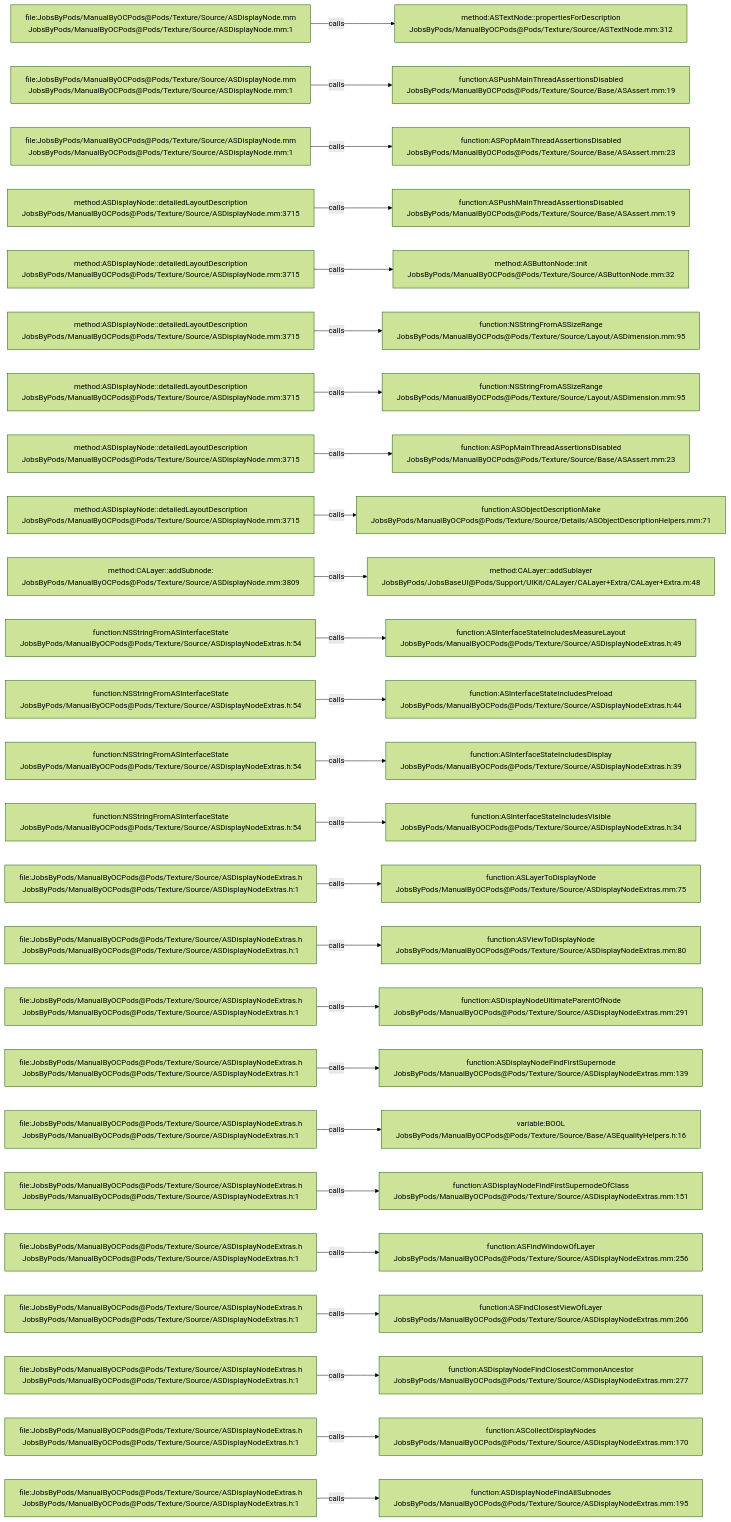
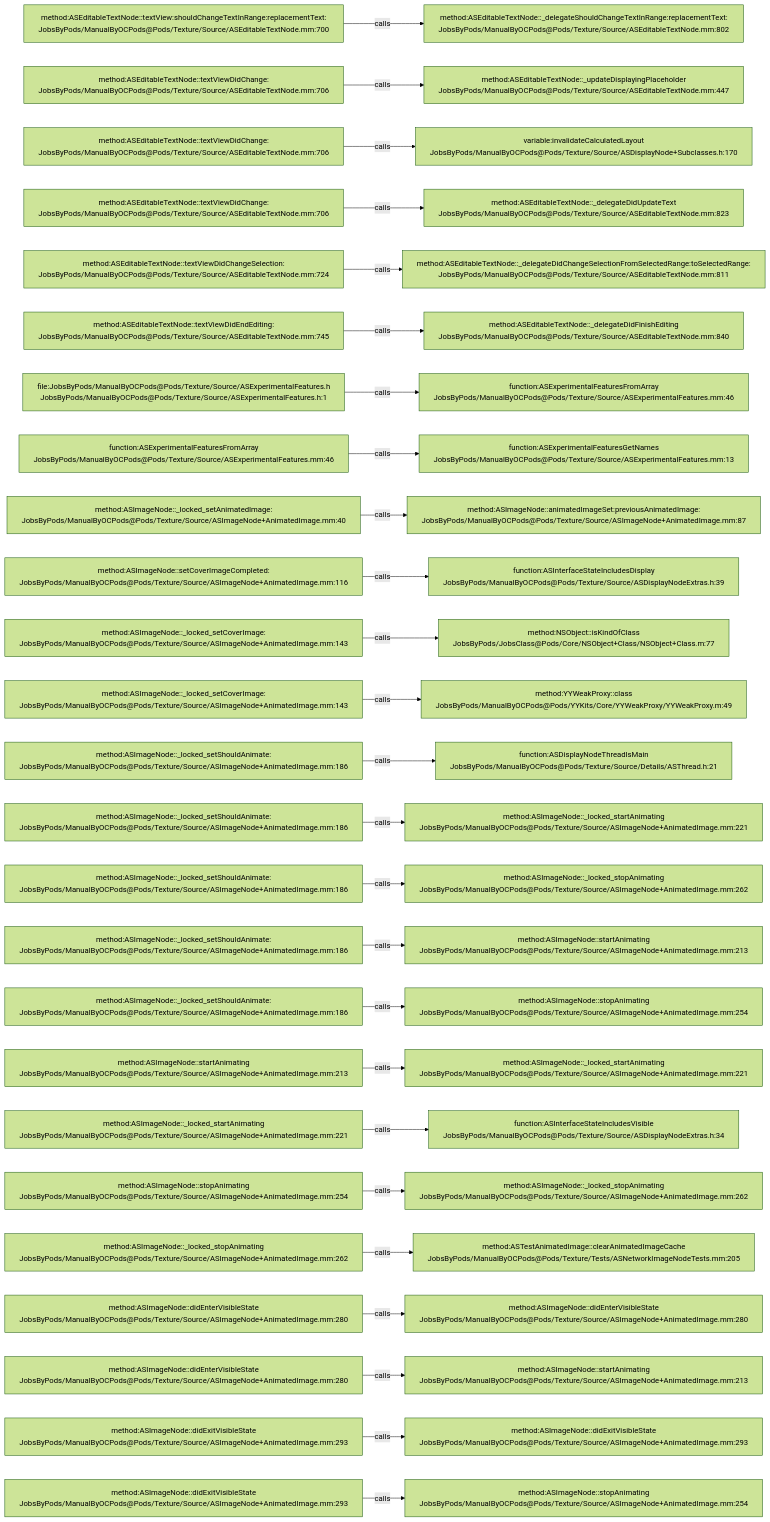
Before and after one commit to JobsKits/JobsOCBaseConfigDemo: the diagram in .codegraph/codegraph.md/graphs/calls-106.md, drawn with Mermaid (forest theme). The commit also changed 1353 other files, not shown here.

````diff
--- a/.codegraph/codegraph.md/graphs/calls-106.md
+++ b/.codegraph/codegraph.md/graphs/calls-106.md
@@ -13,78 +13,78 @@
 ```mermaid
 flowchart LR
-  S1["file:JobsByPods/ManualByOCPods@Pods/Texture/Source/ASDisplayNode.mm<br/>JobsByPods/ManualByOCPods@Pods/Texture/Source/ASDisplayNode.mm:1"]
-  T1["method:ASTextNode::propertiesForDescription<br/>JobsByPods/ManualByOCPods@Pods/Texture/Source/ASTextNode.mm:312"]
+  S1["method:ASEditableTextNode::textView:shouldChangeTextInRange:replacementText:<br/>JobsByPods/ManualByOCPods@Pods/Texture/Source/ASEditableTextNode.mm:700"]
+  T1["method:ASEditableTextNode::_delegateShouldChangeTextInRange:replacementText:<br/>JobsByPods/ManualByOCPods@Pods/Texture/Source/ASEditableTextNode.mm:802"]
   S1 -->|calls| T1
-  S2["file:JobsByPods/ManualByOCPods@Pods/Texture/Source/ASDisplayNode.mm<br/>JobsByPods/ManualByOCPods@Pods/Texture/Source/ASDisplayNode.mm:1"]
-  T2["function:ASPushMainThreadAssertionsDisabled<br/>JobsByPods/ManualByOCPods@Pods/Texture/Source/Base/ASAssert.mm:19"]
+  S2["method:ASEditableTextNode::textViewDidChange:<br/>JobsByPods/ManualByOCPods@Pods/Texture/Source/ASEditableTextNode.mm:706"]
+  T2["method:ASEditableTextNode::_updateDisplayingPlaceholder<br/>JobsByPods/ManualByOCPods@Pods/Texture/Source/ASEditableTextNode.mm:447"]
   S2 -->|calls| T2
-  S3["file:JobsByPods/ManualByOCPods@Pods/Texture/Source/ASDisplayNode.mm<br/>JobsByPods/ManualByOCPods@Pods/Texture/Source/ASDisplayNode.mm:1"]
-  T3["function:ASPopMainThreadAssertionsDisabled<br/>JobsByPods/ManualByOCPods@Pods/Texture/Source/Base/ASAssert.mm:23"]
+  S3["method:ASEditableTextNode::textViewDidChange:<br/>JobsByPods/ManualByOCPods@Pods/Texture/Source/ASEditableTextNode.mm:706"]
+  T3["variable:invalidateCalculatedLayout<br/>JobsByPods/ManualByOCPods@Pods/Texture/Source/ASDisplayNode+Subclasses.h:170"]
   S3 -->|calls| T3
-  S4["method:ASDisplayNode::detailedLayoutDescription<br/>JobsByPods/ManualByOCPods@Pods/Texture/Source/ASDisplayNode.mm:3715"]
-  T4["function:ASPushMainThreadAssertionsDisabled<br/>JobsByPods/ManualByOCPods@Pods/Texture/Source/Base/ASAssert.mm:19"]
+  S4["method:ASEditableTextNode::textViewDidChange:<br/>JobsByPods/ManualByOCPods@Pods/Texture/Source/ASEditableTextNode.mm:706"]
+  T4["method:ASEditableTextNode::_delegateDidUpdateText<br/>JobsByPods/ManualByOCPods@Pods/Texture/Source/ASEditableTextNode.mm:823"]
   S4 -->|calls| T4
-  S5["method:ASDisplayNode::detailedLayoutDescription<br/>JobsByPods/ManualByOCPods@Pods/Texture/Source/ASDisplayNode.mm:3715"]
-  T5["method:ASButtonNode::init<br/>JobsByPods/ManualByOCPods@Pods/Texture/Source/ASButtonNode.mm:32"]
+  S5["method:ASEditableTextNode::textViewDidChangeSelection:<br/>JobsByPods/ManualByOCPods@Pods/Texture/Source/ASEditableTextNode.mm:724"]
+  T5["method:ASEditableTextNode::_delegateDidChangeSelectionFromSelectedRange:toSelectedRange:<br/>JobsByPods/ManualByOCPods@Pods/Texture/Source/ASEditableTextNode.mm:811"]
   S5 -->|calls| T5
-  S6["method:ASDisplayNode::detailedLayoutDescription<br/>JobsByPods/ManualByOCPods@Pods/Texture/Source/ASDisplayNode.mm:3715"]
-  T6["function:NSStringFromASSizeRange<br/>JobsByPods/ManualByOCPods@Pods/Texture/Source/Layout/ASDimension.mm:95"]
+  S6["method:ASEditableTextNode::textViewDidEndEditing:<br/>JobsByPods/ManualByOCPods@Pods/Texture/Source/ASEditableTextNode.mm:745"]
+  T6["method:ASEditableTextNode::_delegateDidFinishEditing<br/>JobsByPods/ManualByOCPods@Pods/Texture/Source/ASEditableTextNode.mm:840"]
   S6 -->|calls| T6
-  S7["method:ASDisplayNode::detailedLayoutDescription<br/>JobsByPods/ManualByOCPods@Pods/Texture/Source/ASDisplayNode.mm:3715"]
-  T7["function:NSStringFromASSizeRange<br/>JobsByPods/ManualByOCPods@Pods/Texture/Source/Layout/ASDimension.mm:95"]
+  S7["file:JobsByPods/ManualByOCPods@Pods/Texture/Source/ASExperimentalFeatures.h<br/>JobsByPods/ManualByOCPods@Pods/Texture/Source/ASExperimentalFeatures.h:1"]
+  T7["function:ASExperimentalFeaturesFromArray<br/>JobsByPods/ManualByOCPods@Pods/Texture/Source/ASExperimentalFeatures.mm:46"]
   S7 -->|calls| T7
-  S8["method:ASDisplayNode::detailedLayoutDescription<br/>JobsByPods/ManualByOCPods@Pods/Texture/Source/ASDisplayNode.mm:3715"]
-  T8["function:ASPopMainThreadAssertionsDisabled<br/>JobsByPods/ManualByOCPods@Pods/Texture/Source/Base/ASAssert.mm:23"]
+  S8["function:ASExperimentalFeaturesFromArray<br/>JobsByPods/ManualByOCPods@Pods/Texture/Source/ASExperimentalFeatures.mm:46"]
+  T8["function:ASExperimentalFeaturesGetNames<br/>JobsByPods/ManualByOCPods@Pods/Texture/Source/ASExperimentalFeatures.mm:13"]
   S8 -->|calls| T8
-  S9["method:ASDisplayNode::detailedLayoutDescription<br/>JobsByPods/ManualByOCPods@Pods/Texture/Source/ASDisplayNode.mm:3715"]
-  T9["function:ASObjectDescriptionMake<br/>JobsByPods/ManualByOCPods@Pods/Texture/Source/Details/ASObjectDescriptionHelpers.mm:71"]
+  S9["method:ASImageNode::_locked_setAnimatedImage:<br/>JobsByPods/ManualByOCPods@Pods/Texture/Source/ASImageNode+AnimatedImage.mm:40"]
+  T9["method:ASImageNode::animatedImageSet:previousAnimatedImage:<br/>JobsByPods/ManualByOCPods@Pods/Texture/Source/ASImageNode+AnimatedImage.mm:87"]
   S9 -->|calls| T9
-  S10["method:CALayer::addSubnode:<br/>JobsByPods/ManualByOCPods@Pods/Texture/Source/ASDisplayNode.mm:3809"]
-  T10["method:CALayer::addSublayer<br/>JobsByPods/JobsBaseUI@Pods/Support/UIKit/CALayer/CALayer+Extra/CALayer+Extra.m:48"]
+  S10["method:ASImageNode::setCoverImageCompleted:<br/>JobsByPods/ManualByOCPods@Pods/Texture/Source/ASImageNode+AnimatedImage.mm:116"]
+  T10["function:ASInterfaceStateIncludesDisplay<br/>JobsByPods/ManualByOCPods@Pods/Texture/Source/ASDisplayNodeExtras.h:39"]
   S10 -->|calls| T10
-  S11["function:NSStringFromASInterfaceState<br/>JobsByPods/ManualByOCPods@Pods/Texture/Source/ASDisplayNodeExtras.h:54"]
-  T11["function:ASInterfaceStateIncludesMeasureLayout<br/>JobsByPods/ManualByOCPods@Pods/Texture/Source/ASDisplayNodeExtras.h:49"]
+  S11["method:ASImageNode::_locked_setCoverImage:<br/>JobsByPods/ManualByOCPods@Pods/Texture/Source/ASImageNode+AnimatedImage.mm:143"]
+  T11["method:NSObject::isKindOfClass<br/>JobsByPods/JobsClass@Pods/Core/NSObject+Class/NSObject+Class.m:77"]
   S11 -->|calls| T11
-  S12["function:NSStringFromASInterfaceState<br/>JobsByPods/ManualByOCPods@Pods/Texture/Source/ASDisplayNodeExtras.h:54"]
-  T12["function:ASInterfaceStateIncludesPreload<br/>JobsByPods/ManualByOCPods@Pods/Texture/Source/ASDisplayNodeExtras.h:44"]
+  S12["method:ASImageNode::_locked_setCoverImage:<br/>JobsByPods/ManualByOCPods@Pods/Texture/Source/ASImageNode+AnimatedImage.mm:143"]
+  T12["method:YYWeakProxy::class<br/>JobsByPods/ManualByOCPods@Pods/YYKits/Core/YYWeakProxy/YYWeakProxy.m:49"]
   S12 -->|calls| T12
-  S13["function:NSStringFromASInterfaceState<br/>JobsByPods/ManualByOCPods@Pods/Texture/Source/ASDisplayNodeExtras.h:54"]
-  T13["function:ASInterfaceStateIncludesDisplay<br/>JobsByPods/ManualByOCPods@Pods/Texture/Source/ASDisplayNodeExtras.h:39"]
+  S13["method:ASImageNode::_locked_setShouldAnimate:<br/>JobsByPods/ManualByOCPods@Pods/Texture/Source/ASImageNode+AnimatedImage.mm:186"]
+  T13["function:ASDisplayNodeThreadIsMain<br/>JobsByPods/ManualByOCPods@Pods/Texture/Source/Details/ASThread.h:21"]
   S13 -->|calls| T13
-  S14["function:NSStringFromASInterfaceState<br/>JobsByPods/ManualByOCPods@Pods/Texture/Source/ASDisplayNodeExtras.h:54"]
-  T14["function:ASInterfaceStateIncludesVisible<br/>JobsByPods/ManualByOCPods@Pods/Texture/Source/ASDisplayNodeExtras.h:34"]
+  S14["method:ASImageNode::_locked_setShouldAnimate:<br/>JobsByPods/ManualByOCPods@Pods/Texture/Source/ASImageNode+AnimatedImage.mm:186"]
+  T14["method:ASImageNode::_locked_startAnimating<br/>JobsByPods/ManualByOCPods@Pods/Texture/Source/ASImageNode+AnimatedImage.mm:221"]
   S14 -->|calls| T14
-  S15["file:JobsByPods/ManualByOCPods@Pods/Texture/Source/ASDisplayNodeExtras.h<br/>JobsByPods/ManualByOCPods@Pods/Texture/Source/ASDisplayNodeExtras.h:1"]
-  T15["function:ASLayerToDisplayNode<br/>JobsByPods/ManualByOCPods@Pods/Texture/Source/ASDisplayNodeExtras.mm:75"]
+  S15["method:ASImageNode::_locked_setShouldAnimate:<br/>JobsByPods/ManualByOCPods@Pods/Texture/Source/ASImageNode+AnimatedImage.mm:186"]
+  T15["method:ASImageNode::_locked_stopAnimating<br/>JobsByPods/ManualByOCPods@Pods/Texture/Source/ASImageNode+AnimatedImage.mm:262"]
   S15 -->|calls| T15
-  S16["file:JobsByPods/ManualByOCPods@Pods/Texture/Source/ASDisplayNodeExtras.h<br/>JobsByPods/ManualByOCPods@Pods/Texture/Source/ASDisplayNodeExtras.h:1"]
-  T16["function:ASViewToDisplayNode<br/>JobsByPods/ManualByOCPods@Pods/Texture/Source/ASDisplayNodeExtras.mm:80"]
+  S16["method:ASImageNode::_locked_setShouldAnimate:<br/>JobsByPods/ManualByOCPods@Pods/Texture/Source/ASImageNode+AnimatedImage.mm:186"]
+  T16["method:ASImageNode::startAnimating<br/>JobsByPods/ManualByOCPods@Pods/Texture/Source/ASImageNode+AnimatedImage.mm:213"]
   S16 -->|calls| T16
-  S17["file:JobsByPods/ManualByOCPods@Pods/Texture/Source/ASDisplayNodeExtras.h<br/>JobsByPods/ManualByOCPods@Pods/Texture/Source/ASDisplayNodeExtras.h:1"]
-  T17["function:ASDisplayNodeUltimateParentOfNode<br/>JobsByPods/ManualByOCPods@Pods/Texture/Source/ASDisplayNodeExtras.mm:291"]
+  S17["method:ASImageNode::_locked_setShouldAnimate:<br/>JobsByPods/ManualByOCPods@Pods/Texture/Source/ASImageNode+AnimatedImage.mm:186"]
+  T17["method:ASImageNode::stopAnimating<br/>JobsByPods/ManualByOCPods@Pods/Texture/Source/ASImageNode+AnimatedImage.mm:254"]
   S17 -->|calls| T17
-  S18["file:JobsByPods/ManualByOCPods@Pods/Texture/Source/ASDisplayNodeExtras.h<br/>JobsByPods/ManualByOCPods@Pods/Texture/Source/ASDisplayNodeExtras.h:1"]
-  T18["function:ASDisplayNodeFindFirstSupernode<br/>JobsByPods/ManualByOCPods@Pods/Texture/Source/ASDisplayNodeExtras.mm:139"]
+  S18["method:ASImageNode::startAnimating<br/>JobsByPods/ManualByOCPods@Pods/Texture/Source/ASImageNode+AnimatedImage.mm:213"]
+  T18["method:ASImageNode::_locked_startAnimating<br/>JobsByPods/ManualByOCPods@Pods/Texture/Source/ASImageNode+AnimatedImage.mm:221"]
   S18 -->|calls| T18
-  S19["file:JobsByPods/ManualByOCPods@Pods/Texture/Source/ASDisplayNodeExtras.h<br/>JobsByPods/ManualByOCPods@Pods/Texture/Source/ASDisplayNodeExtras.h:1"]
-  T19["variable:BOOL<br/>JobsByPods/ManualByOCPods@Pods/Texture/Source/Base/ASEqualityHelpers.h:16"]
+  S19["method:ASImageNode::_locked_startAnimating<br/>JobsByPods/ManualByOCPods@Pods/Texture/Source/ASImageNode+AnimatedImage.mm:221"]
+  T19["function:ASInterfaceStateIncludesVisible<br/>JobsByPods/ManualByOCPods@Pods/Texture/Source/ASDisplayNodeExtras.h:34"]
   S19 -->|calls| T19
-  S20["file:JobsByPods/ManualByOCPods@Pods/Texture/Source/ASDisplayNodeExtras.h<br/>JobsByPods/ManualByOCPods@Pods/Texture/Source/ASDisplayNodeExtras.h:1"]
-  T20["function:ASDisplayNodeFindFirstSupernodeOfClass<br/>JobsByPods/ManualByOCPods@Pods/Texture/Source/ASDisplayNodeExtras.mm:151"]
+  S20["method:ASImageNode::stopAnimating<br/>JobsByPods/ManualByOCPods@Pods/Texture/Source/ASImageNode+AnimatedImage.mm:254"]
+  T20["method:ASImageNode::_locked_stopAnimating<br/>JobsByPods/ManualByOCPods@Pods/Texture/Source/ASImageNode+AnimatedImage.mm:262"]
   S20 -->|calls| T20
-  S21["file:JobsByPods/ManualByOCPods@Pods/Texture/Source/ASDisplayNodeExtras.h<br/>JobsByPods/ManualByOCPods@Pods/Texture/Source/ASDisplayNodeExtras.h:1"]
-  T21["function:ASFindWindowOfLayer<br/>JobsByPods/ManualByOCPods@Pods/Texture/Source/ASDisplayNodeExtras.mm:256"]
+  S21["method:ASImageNode::_locked_stopAnimating<br/>JobsByPods/ManualByOCPods@Pods/Texture/Source/ASImageNode+AnimatedImage.mm:262"]
+  T21["method:ASTestAnimatedImage::clearAnimatedImageCache<br/>JobsByPods/ManualByOCPods@Pods/Texture/Tests/ASNetworkImageNodeTests.mm:205"]
   S21 -->|calls| T21
-  S22["file:JobsByPods/ManualByOCPods@Pods/Texture/Source/ASDisplayNodeExtras.h<br/>JobsByPods/ManualByOCPods@Pods/Texture/Source/ASDisplayNodeExtras.h:1"]
-  T22["function:ASFindClosestViewOfLayer<br/>JobsByPods/ManualByOCPods@Pods/Texture/Source/ASDisplayNodeExtras.mm:266"]
+  S22["method:ASImageNode::didEnterVisibleState<br/>JobsByPods/ManualByOCPods@Pods/Texture/Source/ASImageNode+AnimatedImage.mm:280"]
+  T22["method:ASImageNode::didEnterVisibleState<br/>JobsByPods/ManualByOCPods@Pods/Texture/Source/ASImageNode+AnimatedImage.mm:280"]
   S22 -->|calls| T22
-  S23["file:JobsByPods/ManualByOCPods@Pods/Texture/Source/ASDisplayNodeExtras.h<br/>JobsByPods/ManualByOCPods@Pods/Texture/Source/ASDisplayNodeExtras.h:1"]
-  T23["function:ASDisplayNodeFindClosestCommonAncestor<br/>JobsByPods/ManualByOCPods@Pods/Texture/Source/ASDisplayNodeExtras.mm:277"]
+  S23["method:ASImageNode::didEnterVisibleState<br/>JobsByPods/ManualByOCPods@Pods/Texture/Source/ASImageNode+AnimatedImage.mm:280"]
+  T23["method:ASImageNode::startAnimating<br/>JobsByPods/ManualByOCPods@Pods/Texture/Source/ASImageNode+AnimatedImage.mm:213"]
   S23 -->|calls| T23
-  S24["file:JobsByPods/ManualByOCPods@Pods/Texture/Source/ASDisplayNodeExtras.h<br/>JobsByPods/ManualByOCPods@Pods/Texture/Source/ASDisplayNodeExtras.h:1"]
-  T24["function:ASCollectDisplayNodes<br/>JobsByPods/ManualByOCPods@Pods/Texture/Source/ASDisplayNodeExtras.mm:170"]
+  S24["method:ASImageNode::didExitVisibleState<br/>JobsByPods/ManualByOCPods@Pods/Texture/Source/ASImageNode+AnimatedImage.mm:293"]
+  T24["method:ASImageNode::didExitVisibleState<br/>JobsByPods/ManualByOCPods@Pods/Texture/Source/ASImageNode+AnimatedImage.mm:293"]
   S24 -->|calls| T24
-  S25["file:JobsByPods/ManualByOCPods@Pods/Texture/Source/ASDisplayNodeExtras.h<br/>JobsByPods/ManualByOCPods@Pods/Texture/Source/ASDisplayNodeExtras.h:1"]
-  T25["function:ASDisplayNodeFindAllSubnodes<br/>JobsByPods/ManualByOCPods@Pods/Texture/Source/ASDisplayNodeExtras.mm:195"]
+  S25["method:ASImageNode::didExitVisibleState<br/>JobsByPods/ManualByOCPods@Pods/Texture/Source/ASImageNode+AnimatedImage.mm:293"]
+  T25["method:ASImageNode::stopAnimating<br/>JobsByPods/ManualByOCPods@Pods/Texture/Source/ASImageNode+AnimatedImage.mm:254"]
   S25 -->|calls| T25
 ```
````
